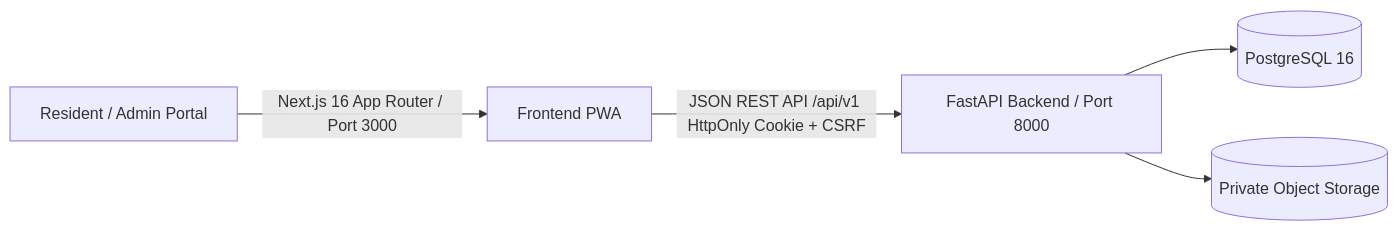
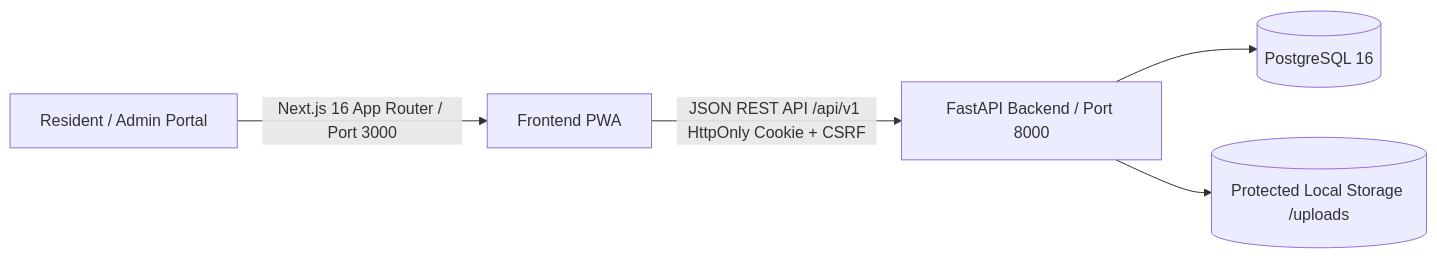
The diagram in README.md (perezjazztin/SABTRACK-3.0), drawn with Mermaid before and after one commit. The commit also changed other lines of this file and 50 other files, not shown here.

````diff
--- a/README.md
+++ b/README.md
@@ -42,7 +43,7 @@
 ```mermaid
 flowchart LR
     Resident[Resident / Admin Portal] -->|Next.js 16 App Router / Port 3000| Web[Frontend PWA]
     Web -->|JSON REST API /api/v1 HttpOnly Cookie + CSRF| API[FastAPI Backend / Port 8000]
     API --> DB[(PostgreSQL 16)]
-    API --> Store[(Private Object Storage)]
+    API --> Store[(Protected Local Storage /uploads)]
 ```
````
